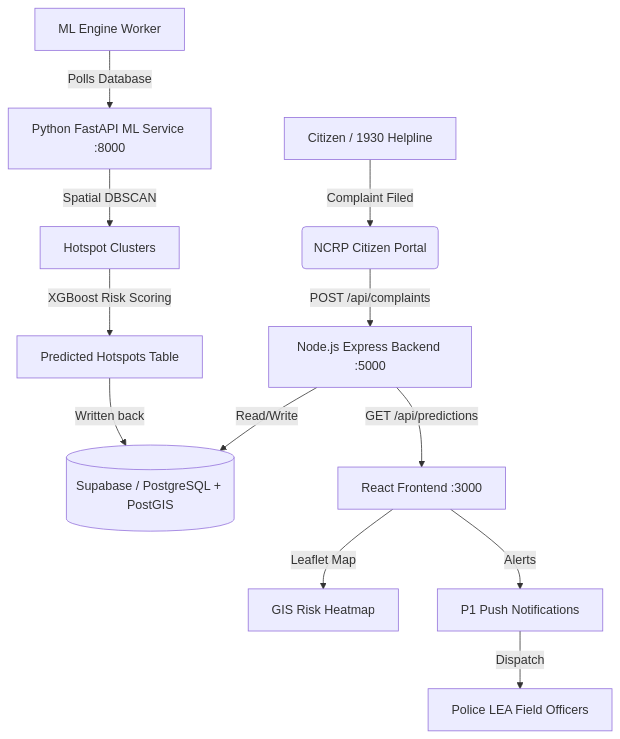
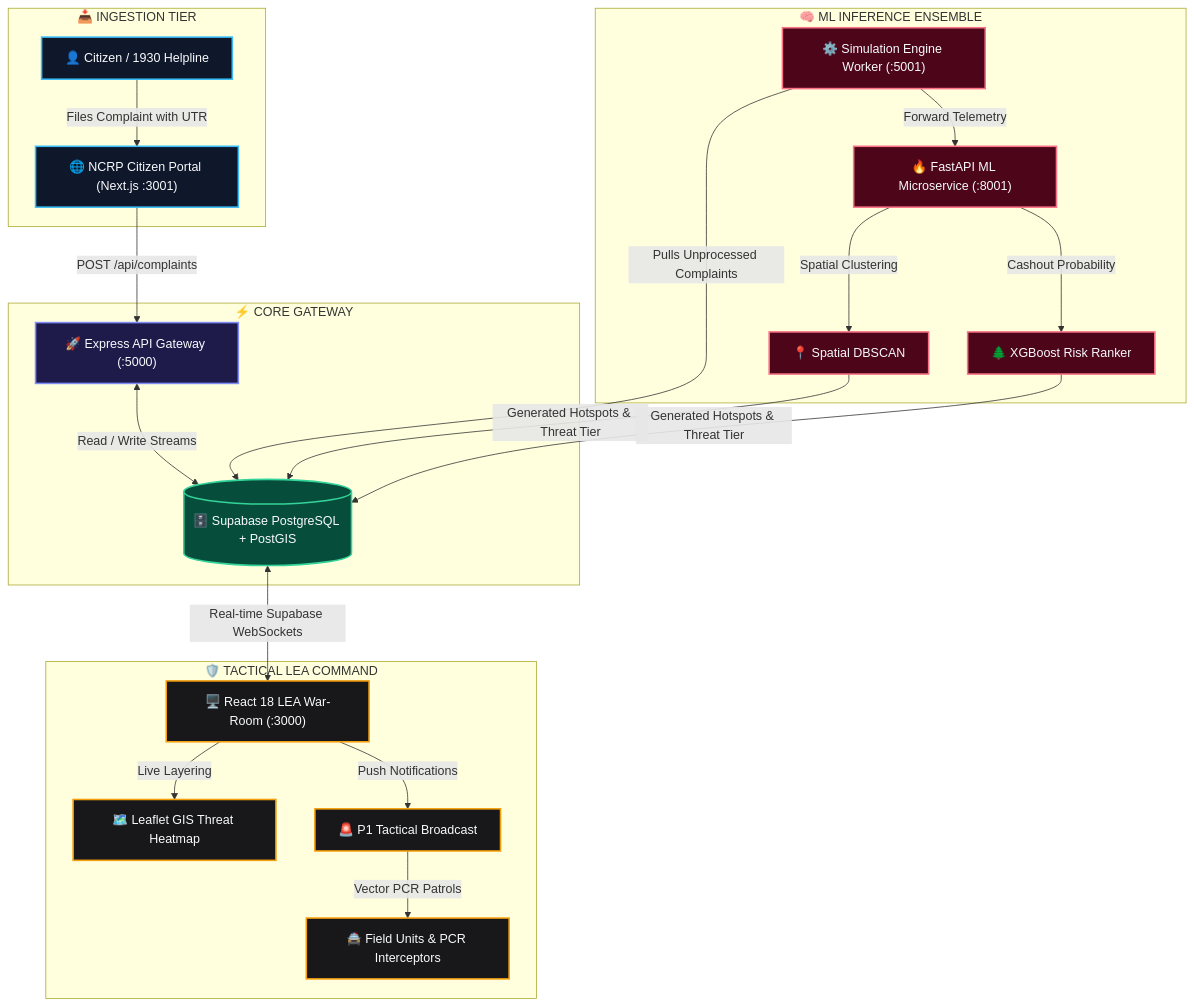
The diagram in README.md (Harshs515/SIHhack), drawn with Mermaid before and after one commit. The commit also changed other lines of this file, not shown here.

````diff
--- a/README.md
+++ b/README.md
@@ -33,16 +122,33 @@
 ```mermaid
-graph TD
-    A[Citizen / 1930 Helpline] -->|Complaint Filed| B(NCRP Citizen Portal)
-    B -->|POST /api/complaints| C[Node.js Express Backend :5000]
-    C -->|Read/Write| D[(Supabase / PostgreSQL + PostGIS)]
-    
-    E[ML Engine Worker] -->|Polls Database| F[Python FastAPI ML Service :8000]
-    F -->|Spatial DBSCAN| G[Hotspot Clusters]
-    G -->|XGBoost Risk Scoring| H[Predicted Hotspots Table]
-    H -->|Written back| D
-    
-    C -->|GET /api/predictions| I[React Frontend :3000]
-    I -->|Leaflet Map| J[GIS Risk Heatmap]
-    I -->|Alerts| K[P1 Push Notifications]
-    K -->|Dispatch| L[Police LEA Field Officers]
+flowchart TD
+    %% Styling
+    classDef citizen fill:#0f172a,stroke:#38bdf8,stroke-width:2px,color:#f8fafc;
+    classDef backend fill:#1e1b4b,stroke:#818cf8,stroke-width:2px,color:#f8fafc;
+    classDef db fill:#064e3b,stroke:#34d399,stroke-width:2px,color:#f8fafc;
+    classDef ml fill:#4c0519,stroke:#fb7185,stroke-width:2px,color:#f8fafc;
+    classDef tactical fill:#18181b,stroke:#f59e0b,stroke-width:2px,color:#f8fafc;
+
+    subgraph INGESTION ["📥 INGESTION TIER"]
+        A["👤 Citizen / 1930 Helpline"]:::citizen -->|Files Complaint with UTR| B["🌐 NCRP Citizen Portal (Next.js :3001)"]:::citizen
+    end
+
+    subgraph CORE ["⚡ CORE GATEWAY"]
+        B -->|POST /api/complaints| C["🚀 Express API Gateway (:5000)"]:::backend
+        C <-->|Read / Write Streams| D[("🗄️ Supabase PostgreSQL + PostGIS")]:::db
+    end
+
+    subgraph INTELLIGENCE ["🧠 ML INFERENCE ENSEMBLE"]
+        E["⚙️ Simulation Engine Worker (:5001)"]:::ml -->|Pulls Unprocessed Complaints| D
+        E -->|Forward Telemetry| F["🔥 FastAPI ML Microservice (:8001)"]:::ml
+        F -->|Spatial Clustering| G["📍 Spatial DBSCAN"]:::ml
+        F -->|Cashout Probability| H["🌲 XGBoost Risk Ranker"]:::ml
+        G & H -->|Generated Hotspots & Threat Tier| D
+    end
+
+    subgraph COMMAND ["🛡️ TACTICAL LEA COMMAND"]
+        D <-->|Real-time Supabase WebSockets| I["🖥️ React 18 LEA War-Room (:3000)"]:::tactical
+        I -->|Live Layering| J["🗺️ Leaflet GIS Threat Heatmap"]:::tactical
+        I -->|Push Notifications| K["🚨 P1 Tactical Broadcast"]:::tactical
+        K -->|Vector PCR Patrols| L["🚔 Field Units & PCR Interceptors"]:::tactical
+    end
 ```
````
